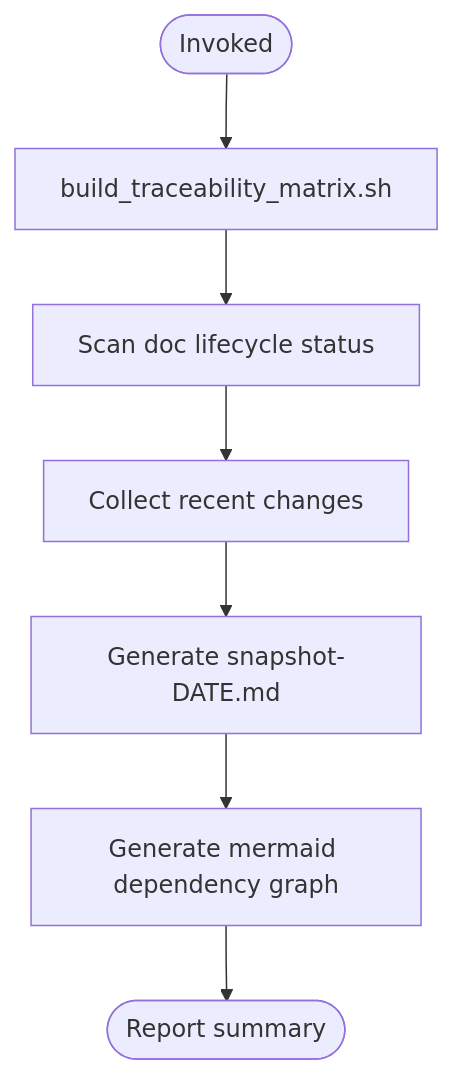
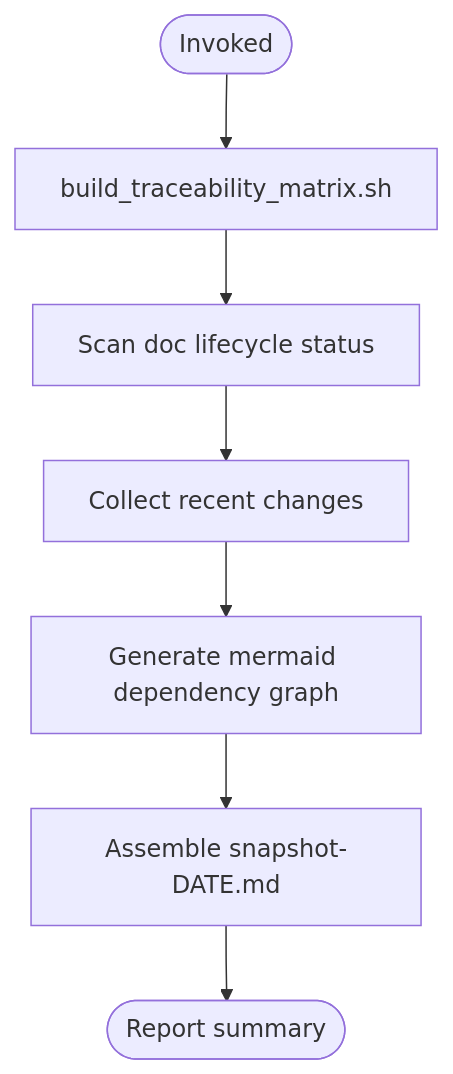
Before and after one commit to wintermaples/spec-coexist: the diagram in .claude/skills/delivery-snapshot/SKILL.md, drawn with Mermaid. The commit also changed other lines of this file and 5 other files, not shown here.

````diff
--- a/.claude/skills/delivery-snapshot/SKILL.md
+++ b/.claude/skills/delivery-snapshot/SKILL.md
@@ -45,9 +45,9 @@
 ```mermaid
 flowchart TD
     Start([Invoked]) --> TM[build_traceability_matrix.sh]
     TM --> Scan[Scan doc lifecycle status]
     Scan --> Git[Collect recent changes]
-    Git --> Gen[Generate snapshot-DATE.md]
-    Gen --> Dep[Generate mermaid dependency graph]
-    Dep --> Report([Report summary])
+    Git --> Dep[Generate mermaid dependency graph]
+    Dep --> Gen[Assemble snapshot-DATE.md]
+    Gen --> Report([Report summary])
 ```
````
